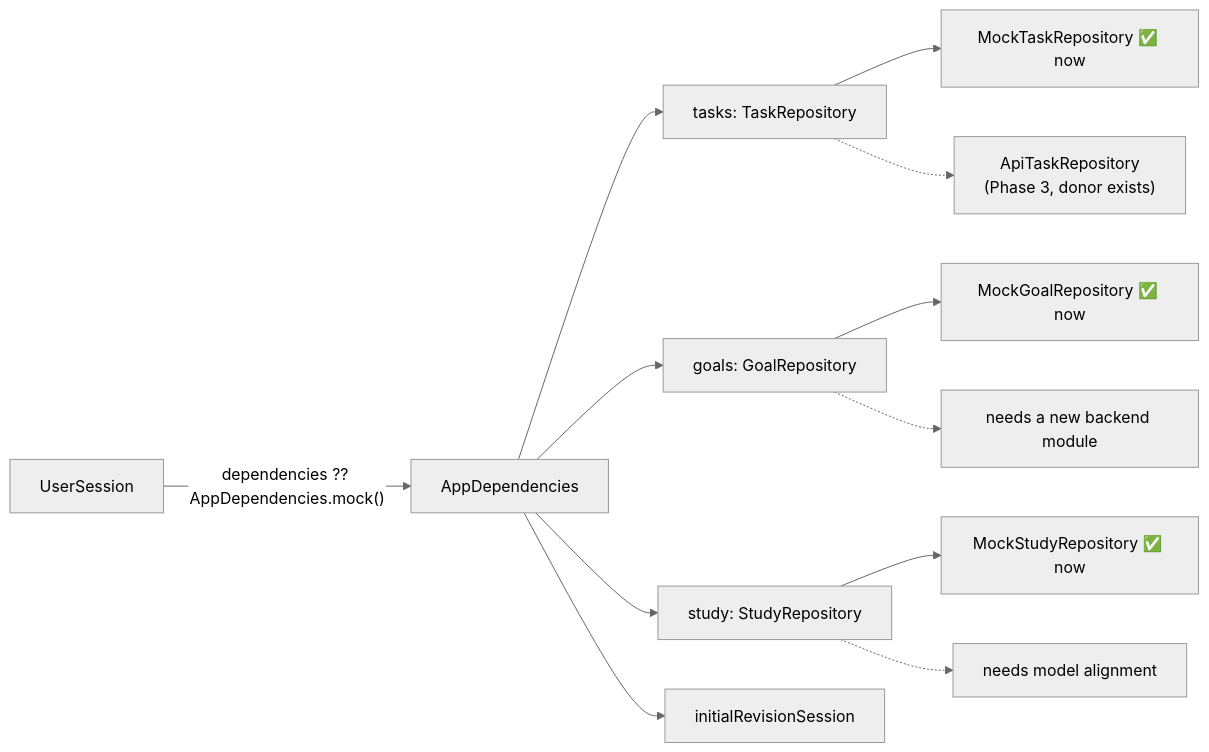
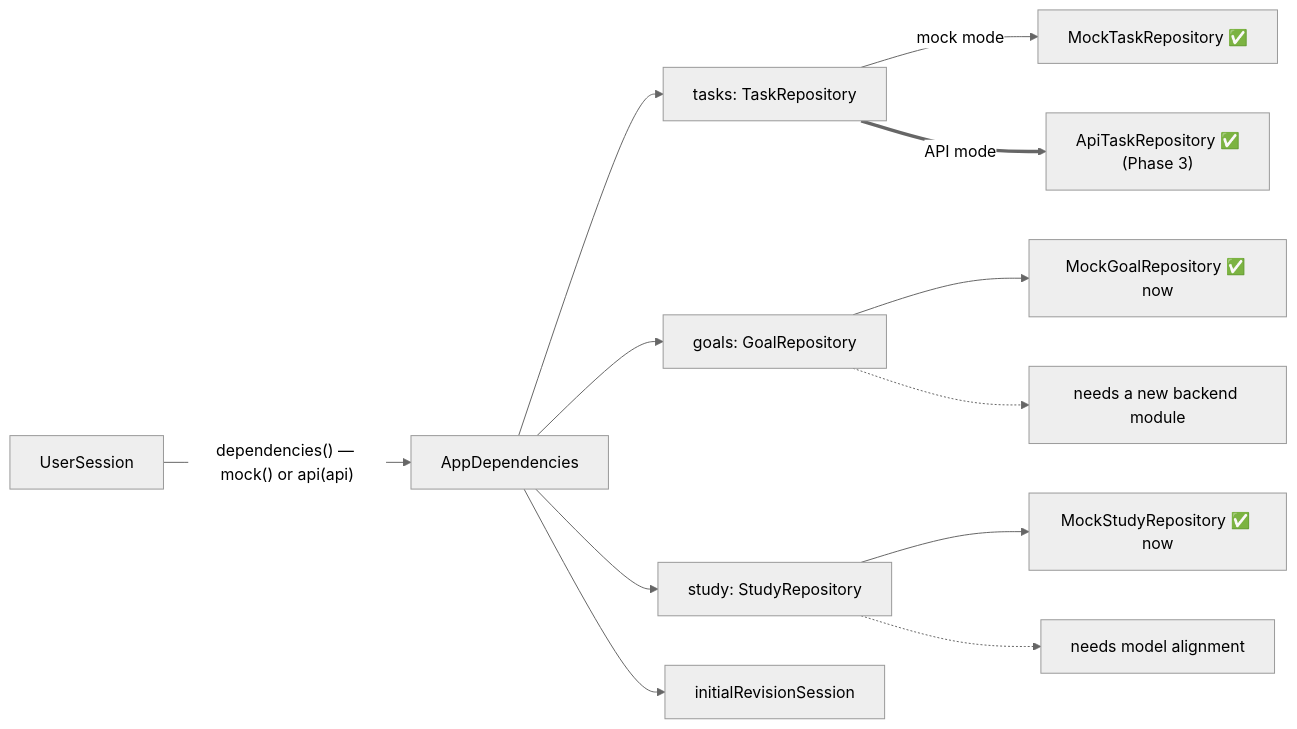
One commit to Gaoher-1207/omnia changed the diagram in docs/omnia-vault/Architecture/Repository Pattern.md. Above: the diagram before and after it, drawn with Mermaid (neutral theme). The commit also changed other lines of this file and 25 other files, not shown here.

````diff
--- a/docs/omnia-vault/Architecture/Repository Pattern.md
+++ b/docs/omnia-vault/Architecture/Repository Pattern.md
@@ -33,14 +33,14 @@
 ```mermaid
 flowchart LR
-    US["UserSession"] -->|"dependencies ?? AppDependencies.mock()"| AD["AppDependencies"]
+    US["UserSession"] -->|"dependencies() — mock() or api(api)"| AD["AppDependencies"]
     AD --> T["tasks: TaskRepository"]
     AD --> G["goals: GoalRepository"]
     AD --> S["study: StudyRepository"]
     AD --> IR["initialRevisionSession"]
-    T --> MT["MockTaskRepository ✅ now"]
-    T -.-> AT["ApiTaskRepository<br/>(Phase 3, donor exists)"]
+    T -->|mock mode| MT["MockTaskRepository ✅"]
+    T ==>|API mode| AT["ApiTaskRepository ✅<br/>(Phase 3)"]
     G --> MG["MockGoalRepository ✅ now"]
     G -.-> AG["needs a new backend module"]
     S --> MS["MockStudyRepository ✅ now"]
     S -.-> ASR["needs model alignment"]
 ```
````
